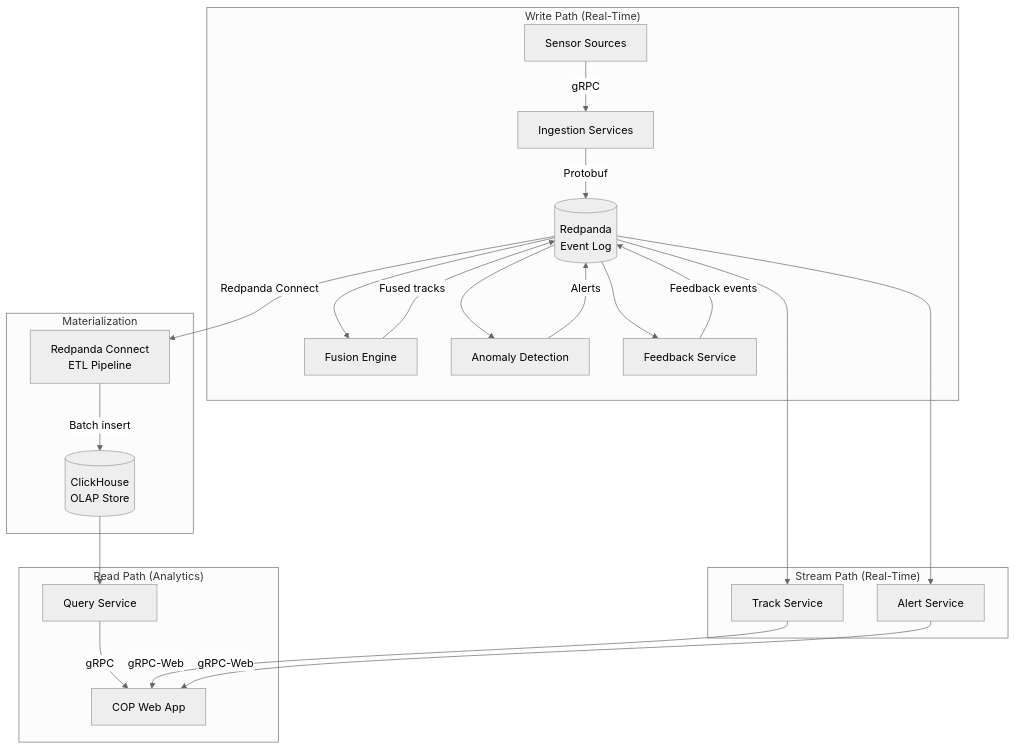
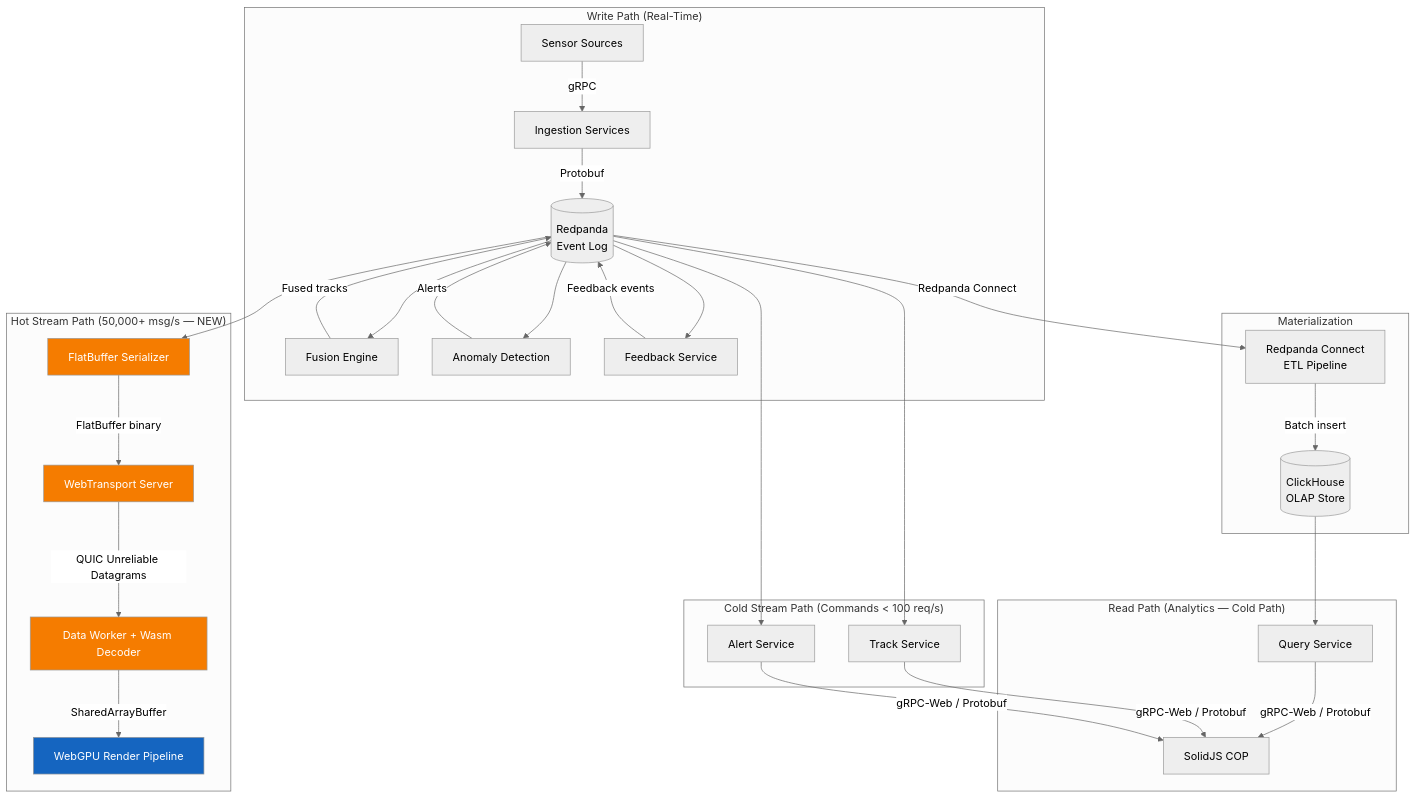
Before and after one commit to arvinddhasmana/rtsa_webgpu: the first of 3 diagrams in docs/architecture/data_architecture.md, drawn with Mermaid (neutral theme). The commit also changed other lines of this file and 65 other files, not shown here.

````diff
--- a/docs/architecture/data_architecture.md
+++ b/docs/architecture/data_architecture.md
@@ -20,30 +21,42 @@
 ```mermaid
 flowchart TD
     subgraph Write["Write Path (Real-Time)"]
         S1[Sensor Sources] -->|gRPC| ING[Ingestion Services]
         ING -->|Protobuf| RP[(Redpanda<br/>Event Log)]
         RP --> FUS[Fusion Engine]
         FUS -->|Fused tracks| RP
         RP --> ANO[Anomaly Detection]
         ANO -->|Alerts| RP
         RP --> FB[Feedback Service]
         FB -->|Feedback events| RP
     end
 
     subgraph Materialize["Materialization"]
         RP -->|Redpanda Connect| RPC[Redpanda Connect<br/>ETL Pipeline]
         RPC -->|Batch insert| CH[(ClickHouse<br/>OLAP Store)]
     end
 
-    subgraph Read["Read Path (Analytics)"]
+    subgraph Read["Read Path (Analytics — Cold Path)"]
         CH --> QS[Query Service]
-        QS -->|gRPC| UI[COP Web App]
+        QS -->|gRPC-Web / Protobuf| UI[SolidJS COP]
     end
 
-    subgraph Stream["Stream Path (Real-Time)"]
+    subgraph ColdStream["Cold Stream Path (Commands < 100 req/s)"]
         RP --> TS[Track Service]
         RP --> AS[Alert Service]
-        TS -->|gRPC-Web| UI
-        AS -->|gRPC-Web| UI
+        TS -->|gRPC-Web / Protobuf| UI
+        AS -->|gRPC-Web / Protobuf| UI
     end
+
+    subgraph HotStream["Hot Stream Path (50,000+ msg/s — NEW)"]
+        RP --> SER[FlatBuffer Serializer]
+        SER -->|FlatBuffer binary| WTS[WebTransport Server]
+        WTS -->|QUIC Unreliable Datagrams| DW[Data Worker + Wasm Decoder]
+        DW -->|SharedArrayBuffer| GPU[WebGPU Render Pipeline]
+    end
+
+    style SER fill:#f57c00,color:#fff
+    style WTS fill:#f57c00,color:#fff
+    style DW fill:#f57c00,color:#fff
+    style GPU fill:#1565c0,color:#fff
 ```
````
